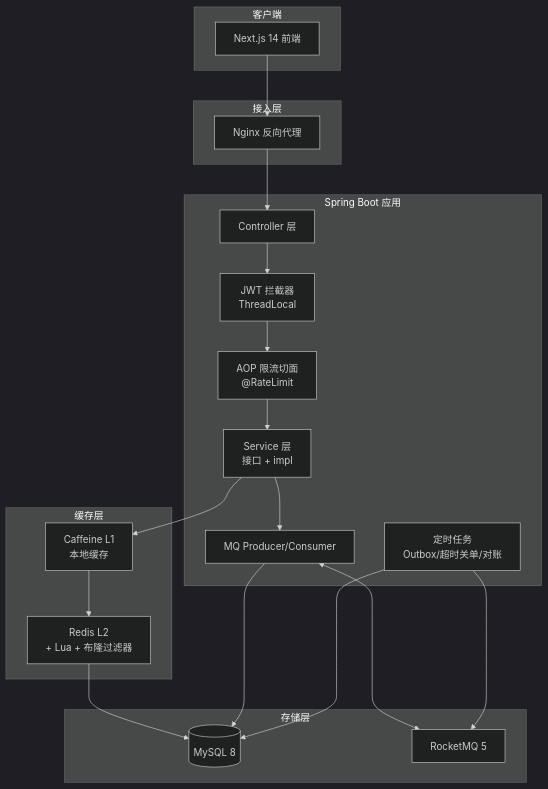
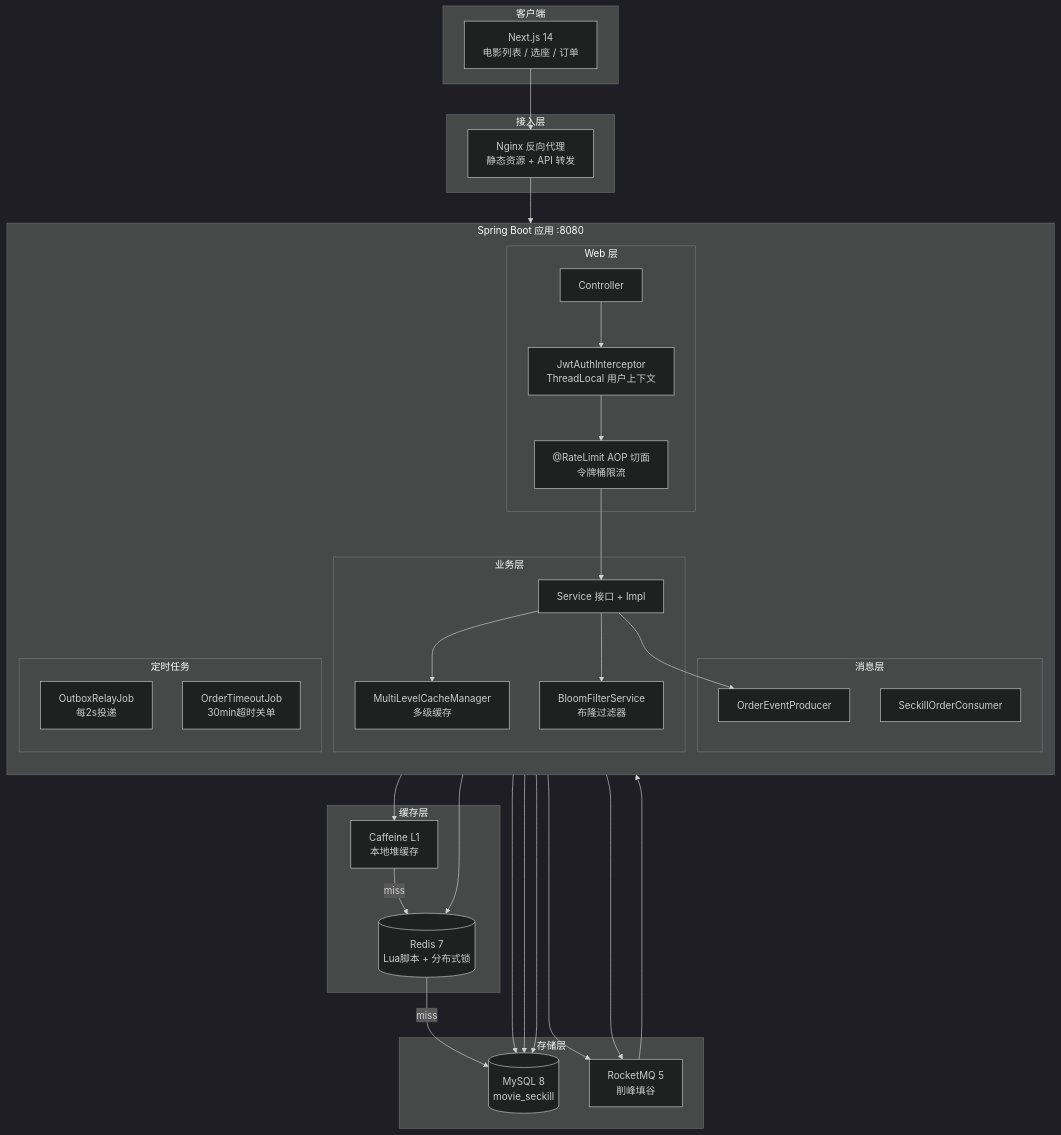
One commit to wangn-tech/movie-seckill changed the first of 11 diagrams in docs/架构设计.md. Above: the diagram before and after it, drawn with Mermaid (dark theme). The commit also changed other lines of this file, not shown here.

First line of the commit message:
docs: rewrite architecture doc with comprehensive mermaid diagrams

````diff
--- a/docs/架构设计.md
+++ b/docs/架构设计.md
@@ -7,40 +9,58 @@
 ```mermaid
 graph TB
-    subgraph 客户端
-        FE[Next.js 14 前端]
+    subgraph Client["客户端"]
+        FE["Next.js 14<br/>电影列表 / 选座 / 订单"]
     end
 
-    subgraph 接入层
-        NGINX[Nginx 反向代理]
+    subgraph Gateway["接入层"]
+        NGINX["Nginx 反向代理<br/>静态资源 + API 转发"]
     end
 
-    subgraph 应用层[Spring Boot 应用]
-        CTRL[Controller 层]
-        INTERCEPT[JWT 拦截器<br/>ThreadLocal]
-        RATE[AOP 限流切面<br/>@RateLimit]
-        SVC[Service 层<br/>接口 + impl]
-        MQ[MQ Producer/Consumer]
-        JOB[定时任务<br/>Outbox/超时关单/对账]
+    subgraph App["Spring Boot 应用 :8080"]
+        direction TB
+        subgraph Web["Web 层"]
+            CTRL["Controller"]
+            JWT["JwtAuthInterceptor<br/>ThreadLocal 用户上下文"]
+            AOP["@RateLimit AOP 切面<br/>令牌桶限流"]
+        end
+        subgraph Service["业务层"]
+            SVC["Service 接口 + Impl"]
+            CACHE["MultiLevelCacheManager<br/>多级缓存"]
+            BLOOM["BloomFilterService<br/>布隆过滤器"]
+        end
+        subgraph MQ["消息层"]
+            PROD["OrderEventProducer"]
+            CONS["SeckillOrderConsumer"]
+        end
+        subgraph Job["定时任务"]
+            OUTBOX["OutboxRelayJob<br/>每2s投递"]
+            TIMEOUT["OrderTimeoutJob<br/>30min超时关单"]
+        end
     end
 
-    subgraph 缓存层
-        L1[Caffeine L1<br/>本地缓存]
-        L2[Redis L2<br/>+ Lua + 布隆过滤器]
+    subgraph Cache["缓存层"]
+        L1["Caffeine L1<br/>本地堆缓存"]
+        L2[("Redis 7<br/>Lua脚本 + 分布式锁")]
     end
 
-    subgraph 存储层
-        DB[(MySQL 8)]
-        RMQ[RocketMQ 5]
+    subgraph Store["存储层"]
+        DB[("MySQL 8<br/>movie_seckill")]
+        RMQ["RocketMQ 5<br/>削峰填谷"]
     end
 
     FE --> NGINX --> CTRL
-    CTRL --> INTERCEPT --> RATE --> SVC
-    SVC --> L1
-    L1 --> L2
-    L2 --> DB
-    SVC --> MQ
-    MQ <--> RMQ
-    MQ --> DB
-    JOB --> DB
-    JOB --> RMQ
+    CTRL --> JWT --> AOP --> SVC
+    SVC --> CACHE
+    CACHE --> L1
+    L1 -->|miss| L2
+    L2 -->|miss| DB
+    SVC --> BLOOM
+    SVC --> PROD
+    PROD --> RMQ
+    RMQ --> CONS
+    CONS --> DB
+    OUTBOX --> DB
+    OUTBOX --> RMQ
+    TIMEOUT --> DB
+    TIMEOUT --> L2
 ```
````
